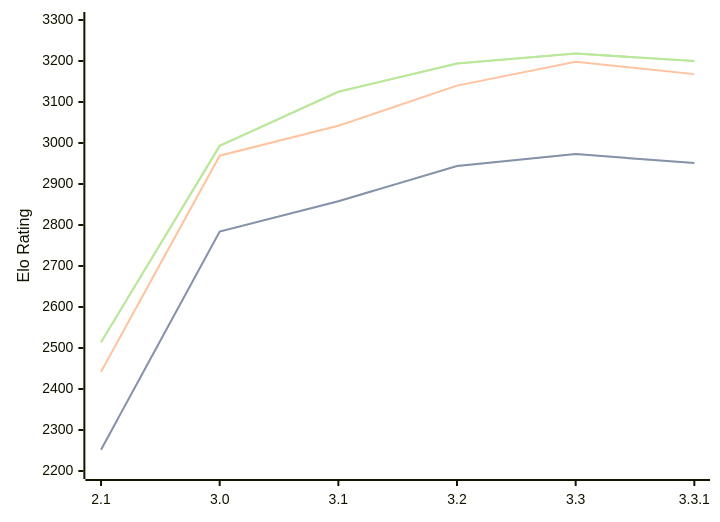
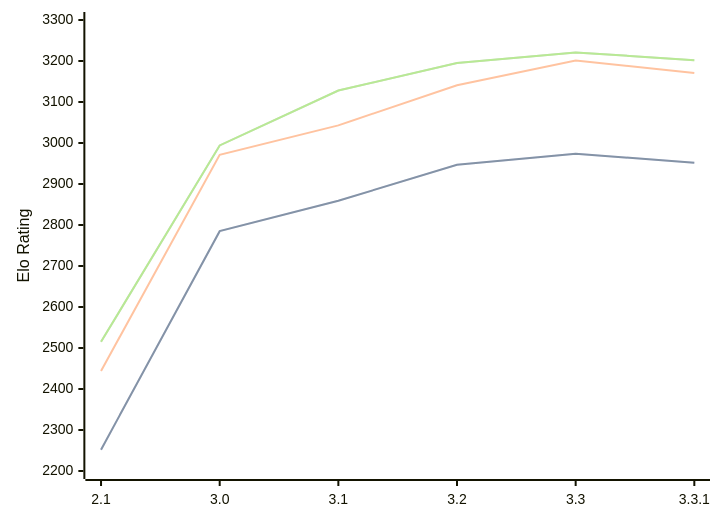
Before and after one commit to computer-chess-index/cci: the diagram in engines/Petrel.md, drawn with Mermaid. The commit also changed other lines of this file, not shown here.

Commit message:
Update CCI Ratings (ELO VLTC) - 2026-04-11

````diff
--- a/engines/Petrel.md
+++ b/engines/Petrel.md
@@ -45,11 +45,11 @@
 ```mermaid
 %%{init: {"theme":"base","themeVariables":{"seriesColors:['#a3a3a3','#222221','#faa371']}}}%%
 xychart-beta
   x-axis ["2.1", "3.0", "3.1", "3.2", "3.3", "3.3.1"]
   y-axis "Elo Rating" 2200 --> 3300
-  line "STC (8.0+0.08s)" [2252, 2784, 2858, 2944, 2973, 2951]
-  line "STC (8.0+0.08s)" [2252, 2784, 2858, 2944, 2973, 2951]
-  line "LTC (60.0+0.60s)" [2442, 2969, 3042, 3140, 3198, 3168]
-  line "VLTC (2m24s+1.12s)" [2514, 2993, 3125, 3194, 3218, 3200]
-  line "VLTC (2m24s+1.12s)" [2514, 2993, 3125, 3194, 3218, 3200]
+  line "STC (8.0+0.08s)" [2252, 2785, 2859, 2947, 2974, 2952]
+  line "STC (8.0+0.08s)" [2252, 2785, 2859, 2947, 2974, 2952]
+  line "LTC (60.0+0.60s)" [2444, 2971, 3043, 3141, 3201, 3171]
+  line "VLTC (2m24s+1.12s)" [2515, 2994, 3128, 3195, 3221, 3202]
+  line "VLTC (2m24s+1.12s)" [2515, 2994, 3128, 3195, 3221, 3202]
 ```
````
